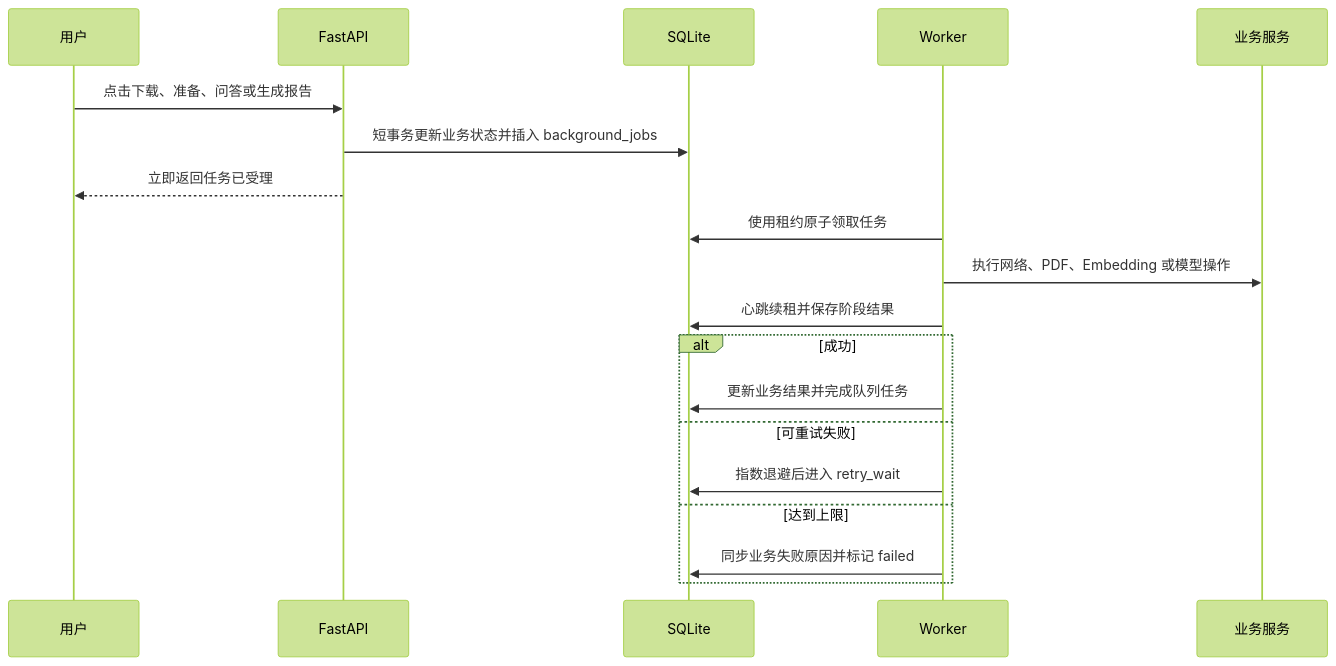
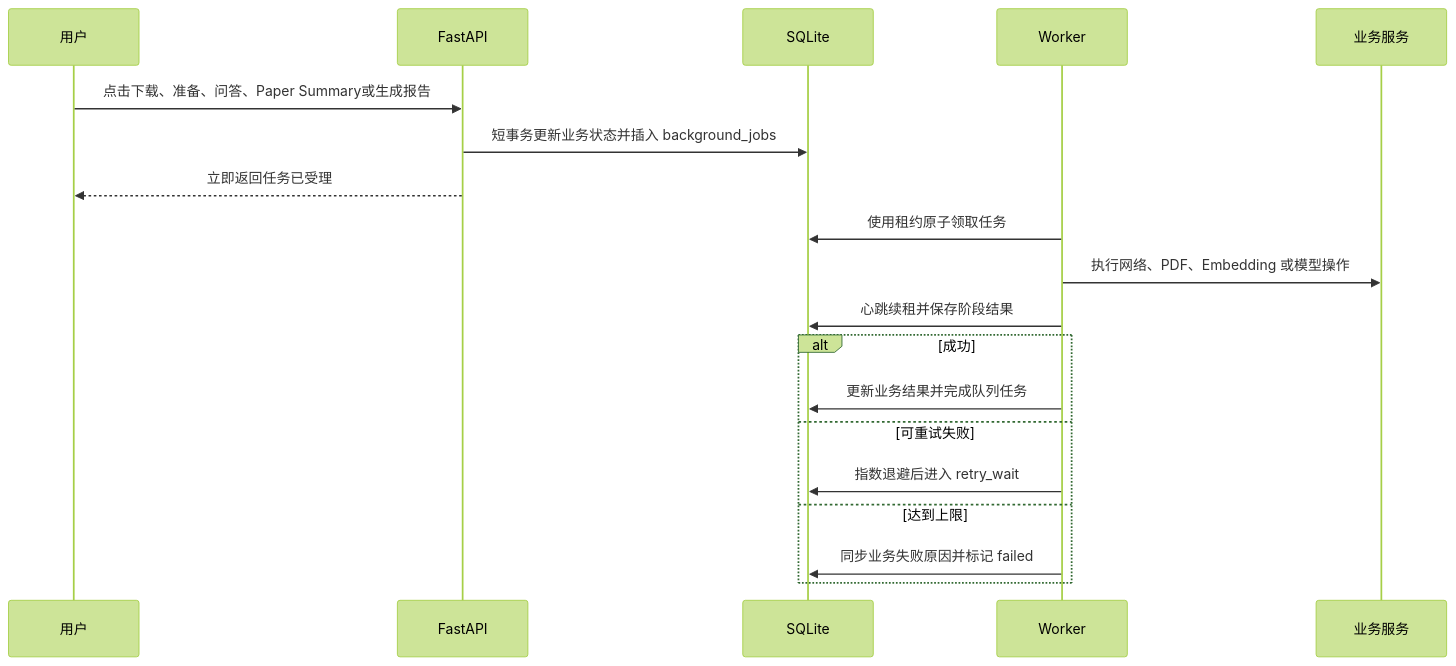
The fifth of 5 diagrams in PROJECT_OVERVIEW.md (a18743530603/Paper-search), drawn with Mermaid (forest theme) before and after one commit. The commit also changed other lines of this file and 69 other files, not shown here.

````diff
--- a/PROJECT_OVERVIEW.md
+++ b/PROJECT_OVERVIEW.md
@@ -162,22 +168,22 @@
 ```mermaid
 sequenceDiagram
     participant U as 用户
     participant W as FastAPI
     participant D as SQLite
     participant K as Worker
     participant S as 业务服务
 
-    U->>W: 点击下载、准备、问答或生成报告
+    U->>W: 点击下载、准备、问答、Paper Summary或生成报告
     W->>D: 短事务更新业务状态并插入 background_jobs
     W-->>U: 立即返回任务已受理
     K->>D: 使用租约原子领取任务
     K->>S: 执行网络、PDF、Embedding 或模型操作
     K->>D: 心跳续租并保存阶段结果
     alt 成功
         K->>D: 更新业务结果并完成队列任务
     else 可重试失败
         K->>D: 指数退避后进入 retry_wait
     else 达到上限
         K->>D: 同步业务失败原因并标记 failed
     end
 ```
````
